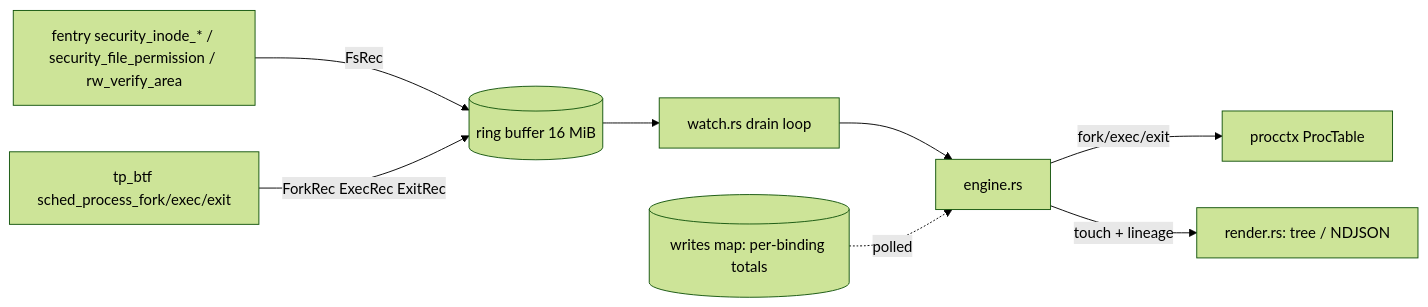
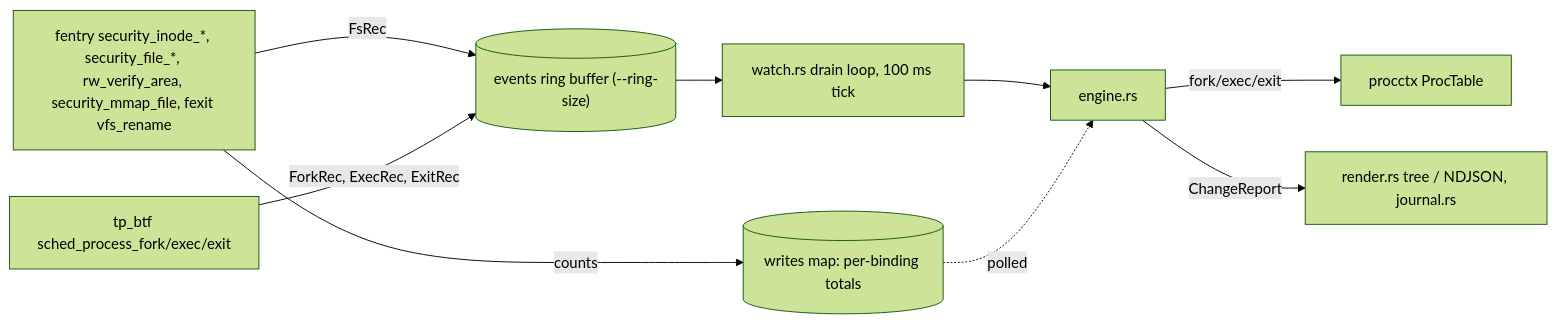
Before and after one commit to Arinerron/fsblame: the diagram in AGENTS.md, drawn with Mermaid (forest theme). The commit also changed other lines of this file and 21 other files, not shown here.

Commit message:
Lower memory (single ring mapping, one BTF parse), drain to the stop and count unread records, run -o owned by the invoking user, deep-path e2e cases, startup churn scenario; docs: README, AGENTS.md, CHANGELOG, JSON schema

````diff
--- a/AGENTS.md
+++ b/AGENTS.md
@@ -48,10 +82,11 @@
 ```mermaid
 flowchart LR
-  K[fentry security_inode_* / security_file_permission / rw_verify_area] -->|FsRec| R[(ring buffer 16 MiB)]
-  S[tp_btf sched_process_fork/exec/exit] -->|ForkRec ExecRec ExitRec| R
-  R --> W[watch.rs drain loop]
-  W --> E[engine.rs]
-  E -->|fork/exec/exit| P[procctx ProcTable]
-  E -->|touch + lineage| O[render.rs: tree / NDJSON]
-  M[(writes map: per-binding totals)] -.polled.-> E
+  K["fentry security_inode_*, security_file_*, rw_verify_area, security_mmap_file, fexit vfs_rename"] -->|FsRec| R[("events ring buffer (--ring-size)")]
+  S["tp_btf sched_process_fork/exec/exit"] -->|"ForkRec, ExecRec, ExitRec"| R
+  K -->|counts| M[("writes map: per-binding totals")]
+  R --> W["watch.rs drain loop, 100 ms tick"]
+  W --> E["engine.rs"]
+  M -.polled.-> E
+  E -->|"fork/exec/exit"| P["procctx ProcTable"]
+  E -->|ChangeReport| O["render.rs tree / NDJSON, journal.rs"]
 ```
````
